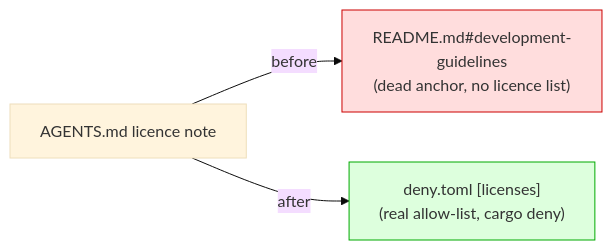
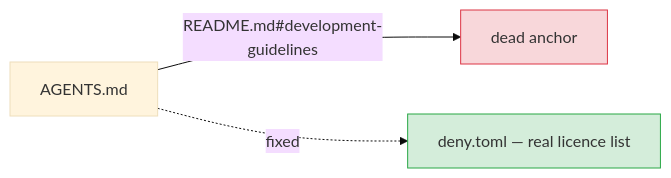
Before and after one commit to stSoftwareAU/NEAT-AI-Discovery: the diagram in docs/archive/pr-summaries/pr-summary-1612.md, drawn with Mermaid (base theme). The commit also changed other lines of this file, not shown here.

````diff
--- a/docs/archive/pr-summaries/pr-summary-1612.md
+++ b/docs/archive/pr-summaries/pr-summary-1612.md
@@ -34,7 +31,7 @@
 ```mermaid
 flowchart LR
-    A["AGENTS.md licence note"] -->|before| B["README.md#development-guidelines<br/>(dead anchor, no licence list)"]
-    A -->|after| C["deny.toml [licenses]<br/>(real allow-list, cargo deny)"]
-    style B fill:#fdd,stroke:#c00
-    style C fill:#dfd,stroke:#0a0
+    A[AGENTS.md] -->|README.md#development-guidelines| X[dead anchor]
+    A -.fixed.-> D[deny.toml — real licence list]
+    style X fill:#f8d7da,stroke:#dc3545
+    style D fill:#d4edda,stroke:#28a745
 ```
````
